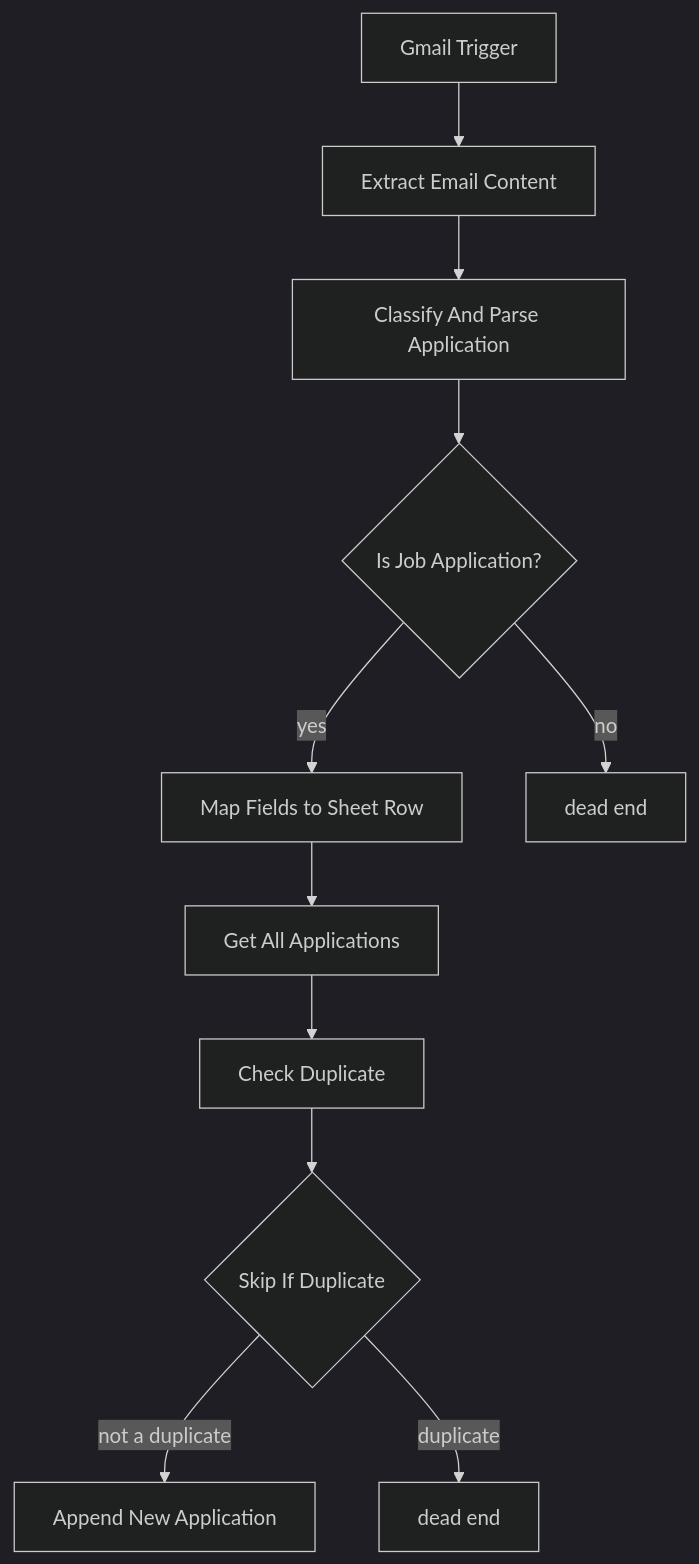
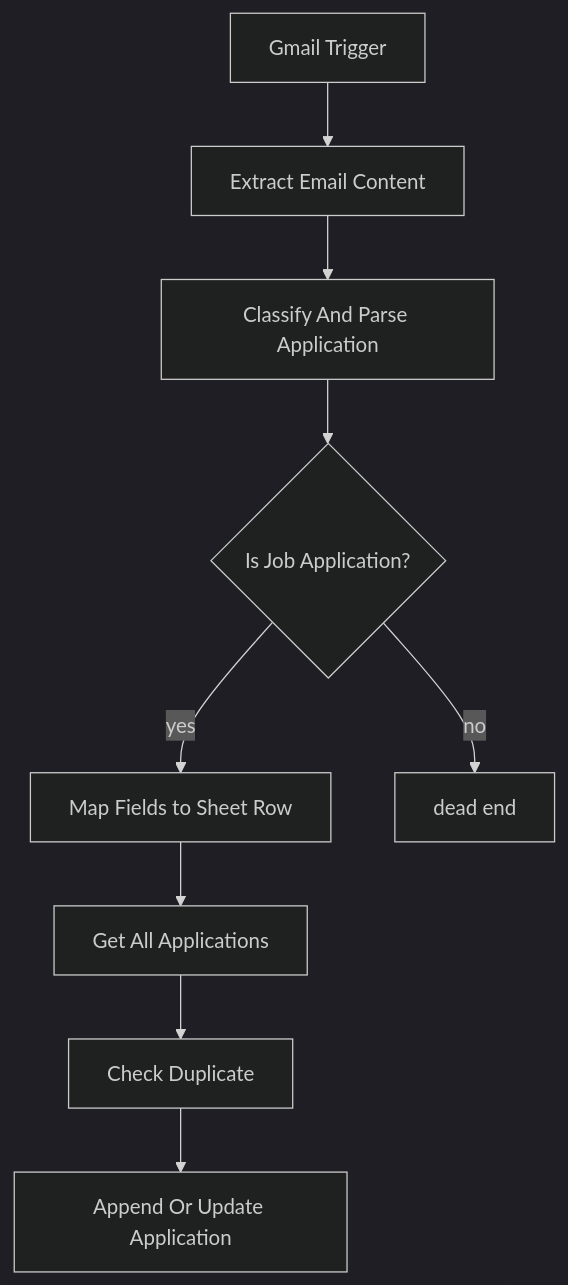
The diagram in docs/architecture.md (Jreejuggin/job-application-tracker), drawn with Mermaid (dark theme) before and after one commit. The commit also changed other lines of this file and 4 other files, not shown here.

````diff
--- a/docs/architecture.md
+++ b/docs/architecture.md
@@ -8,13 +10,11 @@
 ```mermaid
 flowchart TD
     A[Gmail Trigger] --> B[Extract Email Content]
     B --> C[Classify And Parse Application]
     C --> D{Is Job Application?}
     D -- yes --> E[Map Fields to Sheet Row]
     D -- no --> X1[dead end]
     E --> F[Get All Applications]
     F --> G[Check Duplicate]
-    G --> H{Skip If Duplicate}
-    H -- not a duplicate --> I[Append New Application]
-    H -- duplicate --> X2[dead end]
+    G --> H[Append Or Update Application]
 ```
````
